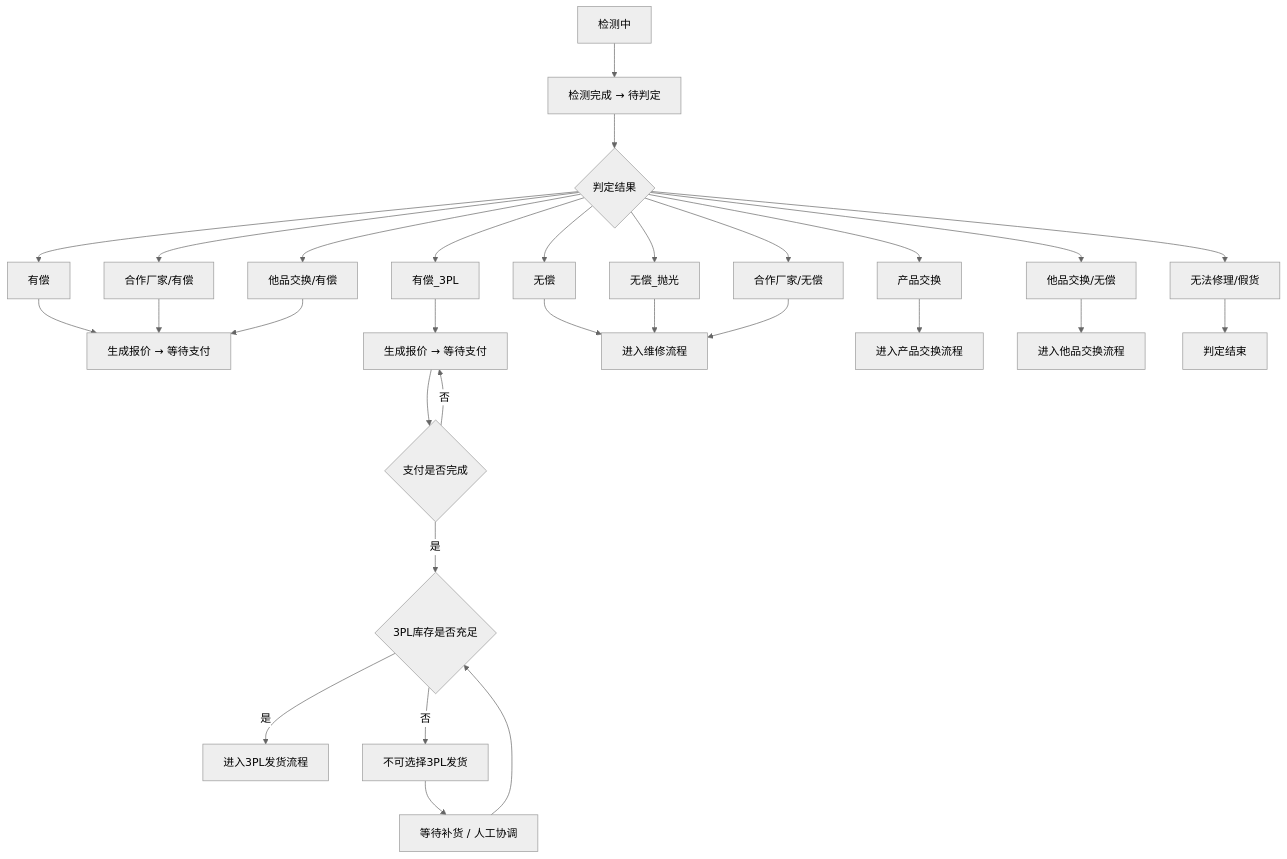
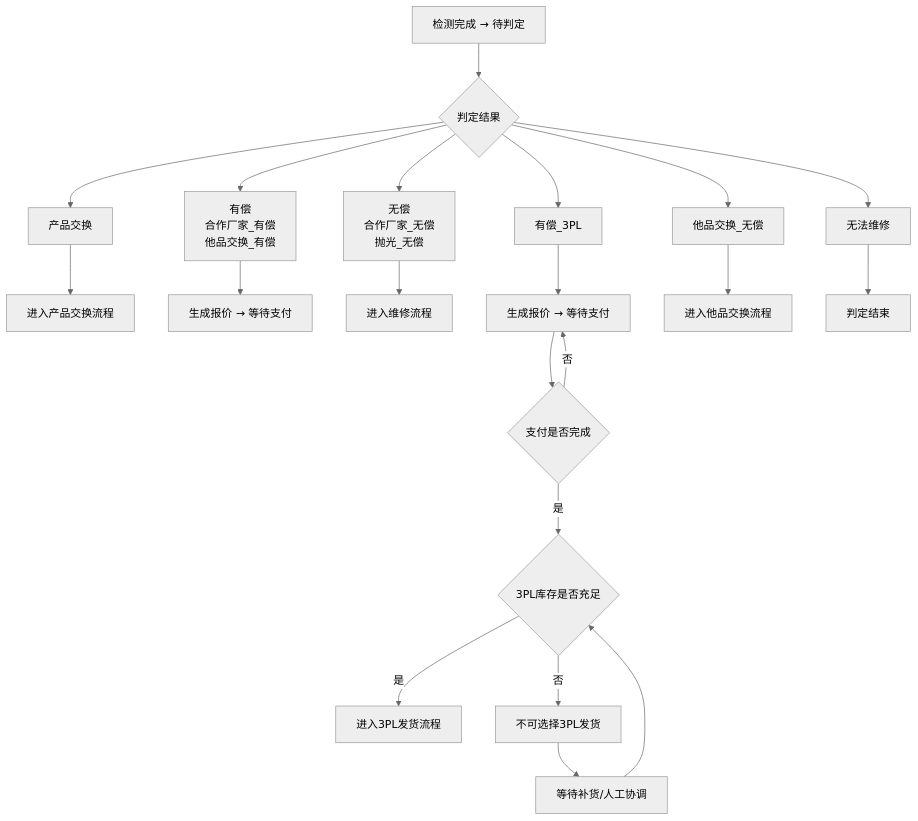
One commit to guguohai/gmps changed the fourth of 33 diagrams in 文档/GM系统需求说明.md. Above: the diagram before and after it, drawn with Mermaid (neutral theme). The commit also changed other lines of this file and 2 other files, not shown here.

````diff
--- a/文档/GM系统需求说明.md
+++ b/文档/GM系统需求说明.md
@@ -274,39 +267,31 @@
 ```mermaid
 flowchart TD
 
-A[检测中] --> B[检测完成 → 待判定]
-B --> C{判定结果}
+B[检测完成 → 待判定] --> C{判定结果}
 
 C --> D[产品交换]
-C --> E[有偿]
-C --> F[无偿]
+C --> E[有偿<br/>合作厂家_有偿<br/>他品交换_有偿]
+C --> F[无偿<br/>合作厂家_无偿<br/>抛光_无偿]
 C --> G[有偿_3PL]
-C --> H[无偿_抛光]
-C --> I[合作厂家/有偿]
-C --> J[合作厂家/无偿]
-C --> K[无法修理/假货]
-C --> M[他品交换/有偿]
-C --> N[他品交换/无偿]
+C --> H[他品交换_无偿]
+C --> I[无法维修]
 
-E --> O[生成报价 → 等待支付]
-I --> O
-M --> O
+D --> J[进入产品交换流程]
 
-G --> O1[生成报价 → 等待支付]
-O1 --> P1{支付是否完成}
-P1 -->|是| A2{3PL库存是否充足}
-P1 -->|否| O1
-A2 -->|是| A3[进入3PL发货流程]
-A2 -->|否| A4[不可选择3PL发货]
-A4 --> A5[等待补货 / 人工协调]
-A5 --> A2
+E --> K[生成报价 → 等待支付]
 
-F --> P[进入维修流程]
-H --> P
-J --> P
+F --> L[进入维修流程]
 
-D --> Q[进入产品交换流程]
-N --> R[进入他品交换流程]
+G --> M[生成报价 → 等待支付]
+M --> N{支付是否完成}
+N -->|是| O{3PL库存是否充足}
+N -->|否| M
+O -->|是| P[进入3PL发货流程]
+O -->|否| Q[不可选择3PL发货]
+Q --> R[等待补货/人工协调]
+R --> O
 
-K --> S[判定结束]
+H --> S[进入他品交换流程]
+
+I --> T[判定结束]
 ```
````
